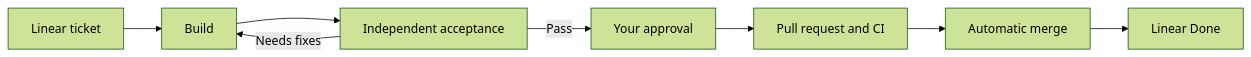
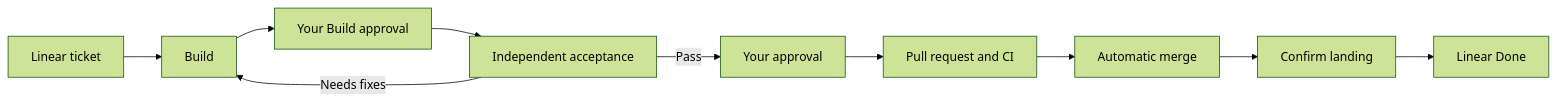
Before and after one commit to minipai/igniter: the diagram in README.md, drawn with Mermaid (forest theme). The commit also changed other lines of this file and 43 other files, not shown here.

````diff
--- a/README.md
+++ b/README.md
@@ -43,10 +43,12 @@
 ```mermaid
 flowchart LR
   Ticket[Linear ticket] --> Build
-  Build --> Acceptance[Independent acceptance]
+  Build --> BuildApproval[Your Build approval]
+  BuildApproval --> Acceptance[Independent acceptance]
   Acceptance -->|Needs fixes| Build
   Acceptance -->|Pass| Approval[Your approval]
   Approval --> Deliver[Pull request and CI]
   Deliver --> Merge[Automatic merge]
-  Merge --> Done[Linear Done]
+  Merge --> LandingApproval[Confirm landing]
+  LandingApproval --> Done[Linear Done]
 ```
````
